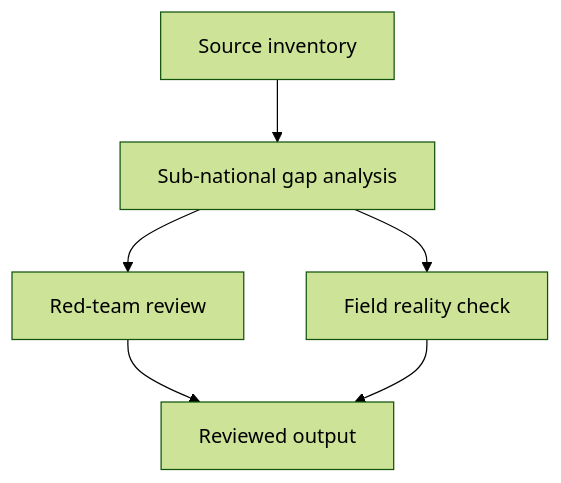
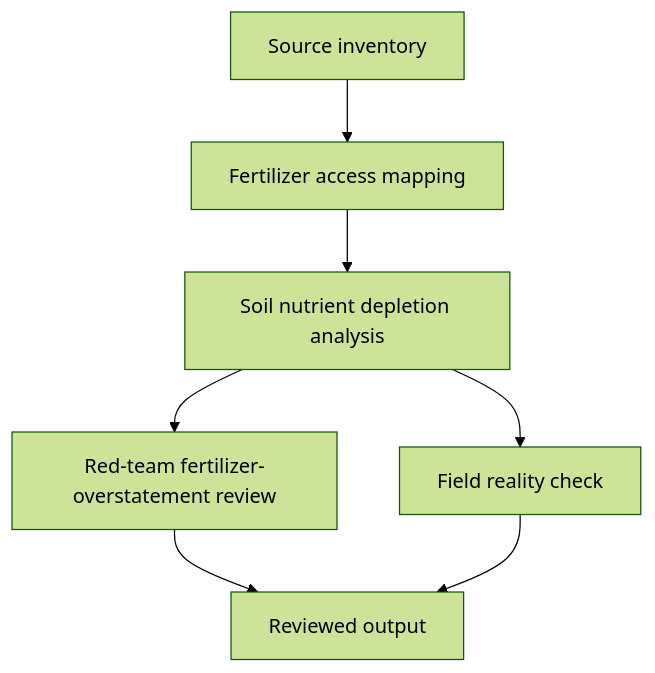
One commit to Open-Problem-Lab/open-problem-lab changed the diagram in problem-packs/food-security/fertilizer-access-sub-saharan-africa/task-map.md. Above: the diagram before and after it, drawn with Mermaid (forest theme). The commit also changed other lines of this file and 9 other files, not shown here.

First line of the commit message:
fix: elevate fertilizer-access-sub-saharan-africa to canonical quality

````diff
--- a/problem-packs/food-security/fertilizer-access-sub-saharan-africa/task-map.md
+++ b/problem-packs/food-security/fertilizer-access-sub-saharan-africa/task-map.md
@@ -9,8 +9,9 @@
 ```mermaid
 flowchart TD
-  A["Source inventory"] --> B["Sub-national gap analysis"]
-  B --> C["Red-team review"]
-  B --> D["Field reality check"]
-  C --> E["Reviewed output"]
-  D --> E
+  A["Source inventory"] --> B["Fertilizer access mapping"]
+  B --> C["Soil nutrient depletion analysis"]
+  C --> D["Red-team fertilizer-overstatement review"]
+  C --> E["Field reality check"]
+  D --> F["Reviewed output"]
+  E --> F
 ```
````
